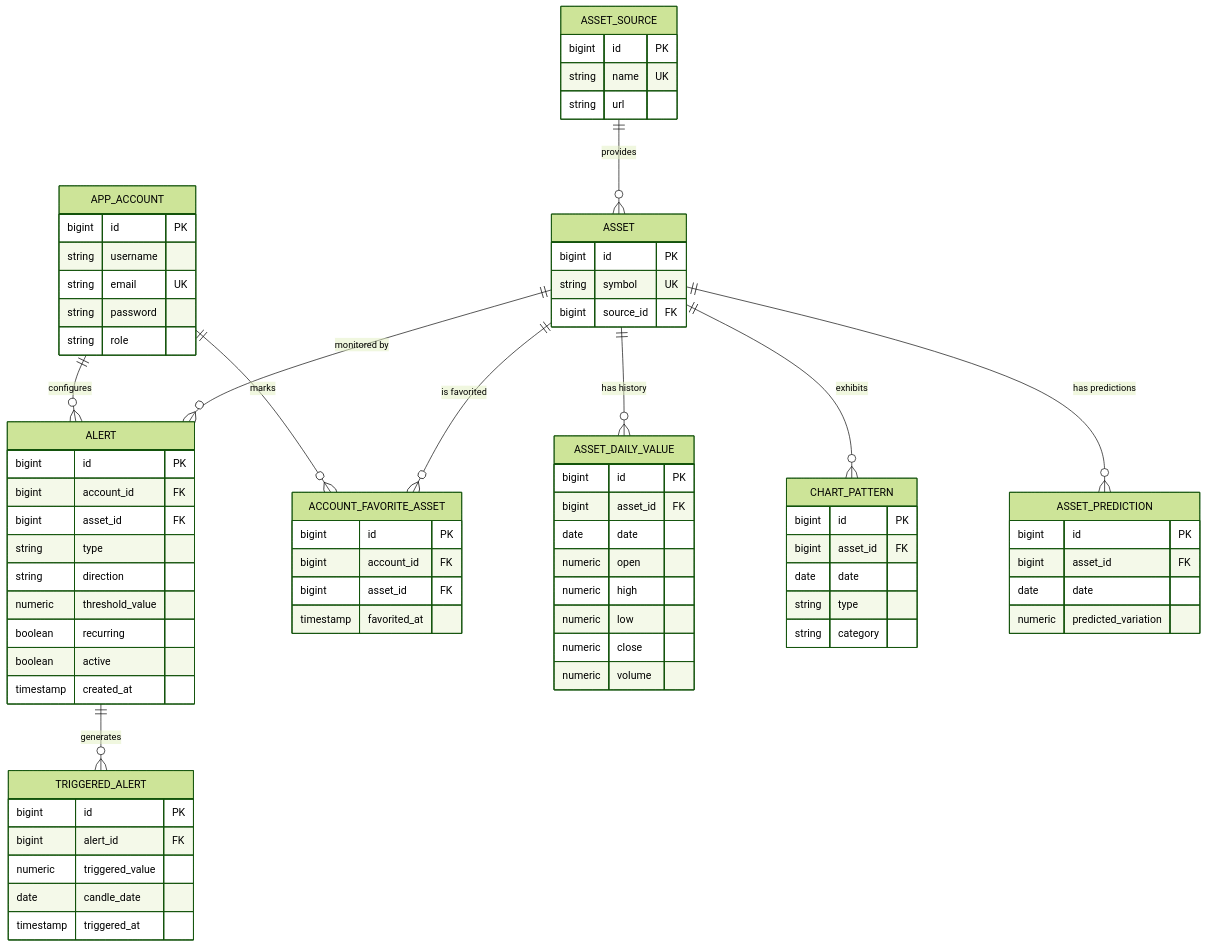
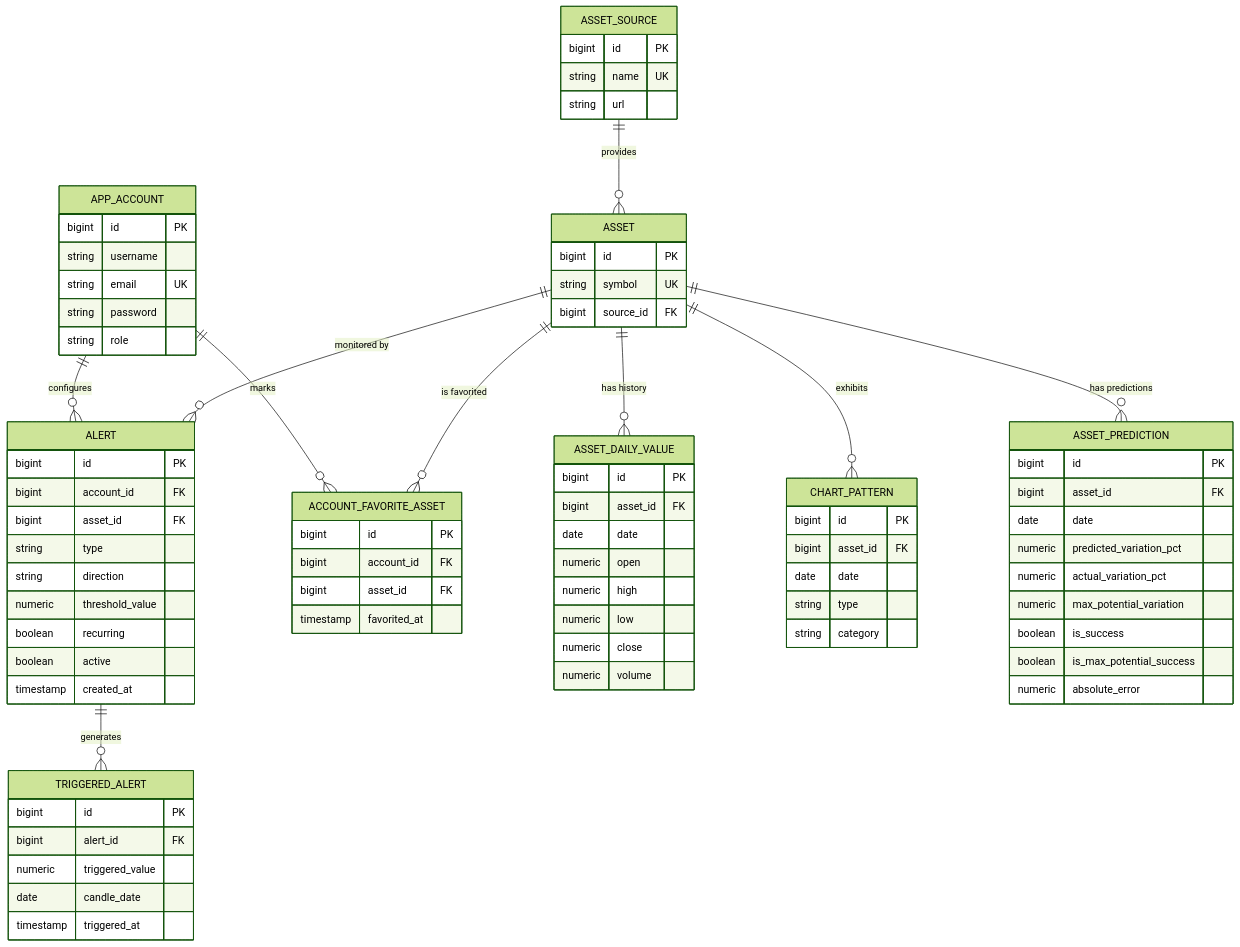
Before and after one commit to univ-smb-m1-isc-2026/your-trading-assistant-api: the diagram in DB.md, drawn with Mermaid (forest theme). The commit also changed other lines of this file and 14 other files, not shown here.

````diff
--- a/DB.md
+++ b/DB.md
@@ -7,77 +7,82 @@
 ```mermaid
 erDiagram
     APP_ACCOUNT ||--o{ ALERT : "configures"
     APP_ACCOUNT ||--o{ ACCOUNT_FAVORITE_ASSET : "marks"
     ASSET_SOURCE ||--o{ ASSET : "provides"
     ASSET ||--o{ ASSET_DAILY_VALUE : "has history"
     ASSET ||--o{ ALERT : "monitored by"
     ASSET ||--o{ ACCOUNT_FAVORITE_ASSET : "is favorited"
     ASSET ||--o{ CHART_PATTERN : "exhibits"
     ASSET ||--o{ ASSET_PREDICTION : "has predictions"
     ALERT ||--o{ TRIGGERED_ALERT : "generates"
 
     APP_ACCOUNT {
         bigint id PK
         string username
         string email UK
         string password
         string role
     }
     ASSET_SOURCE {
         bigint id PK
         string name UK
         string url
     }
     ASSET {
         bigint id PK
         string symbol UK
         bigint source_id FK
     }
     ASSET_DAILY_VALUE {
         bigint id PK
         bigint asset_id FK
         date date
         numeric open
         numeric high
         numeric low
         numeric close
         numeric volume
     }
     ALERT {
         bigint id PK
         bigint account_id FK
         bigint asset_id FK
         string type
         string direction
         numeric threshold_value
         boolean recurring
         boolean active
         timestamp created_at
     }
     TRIGGERED_ALERT {
         bigint id PK
         bigint alert_id FK
         numeric triggered_value
         date candle_date
         timestamp triggered_at
     }
     CHART_PATTERN {
         bigint id PK
         bigint asset_id FK
         date date
         string type
         string category
     }
     ACCOUNT_FAVORITE_ASSET {
         bigint id PK
         bigint account_id FK
         bigint asset_id FK
         timestamp favorited_at
     }
     ASSET_PREDICTION {
         bigint id PK
         bigint asset_id FK
         date date
-        numeric predicted_variation
+        numeric predicted_variation_pct
+        numeric actual_variation_pct
+        numeric max_potential_variation
+        boolean is_success
+        boolean is_max_potential_success
+        numeric absolute_error
     }
 ```
````
